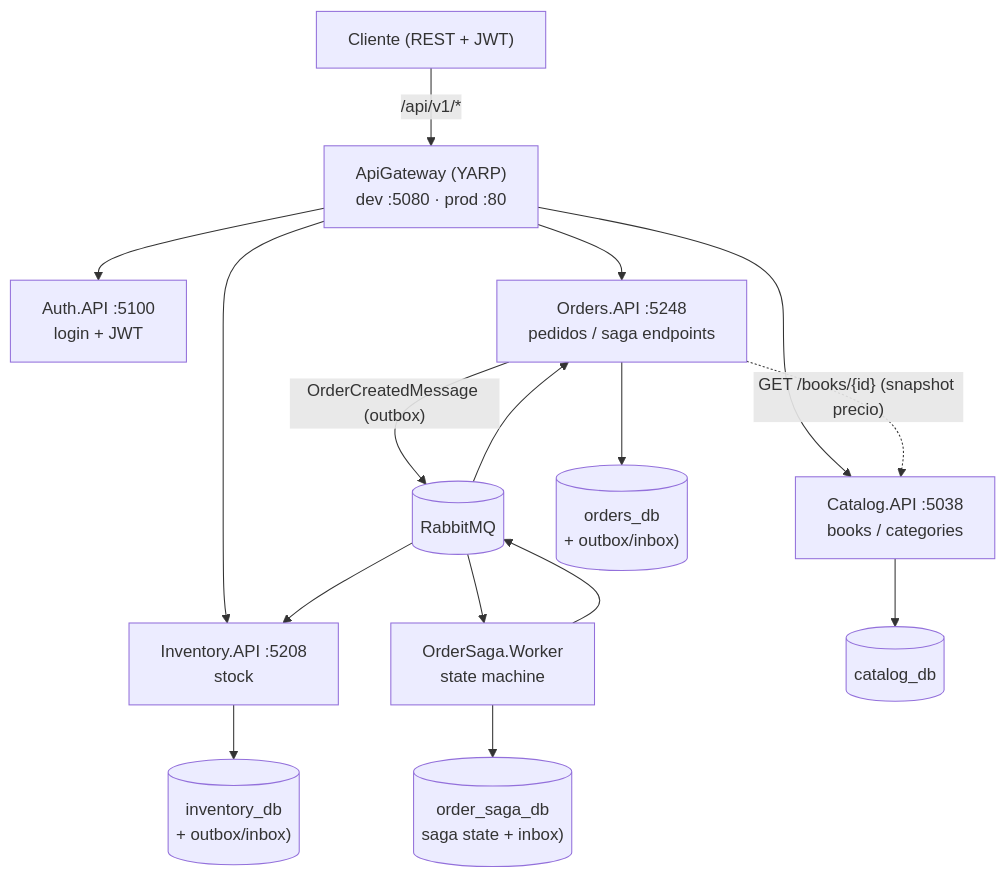
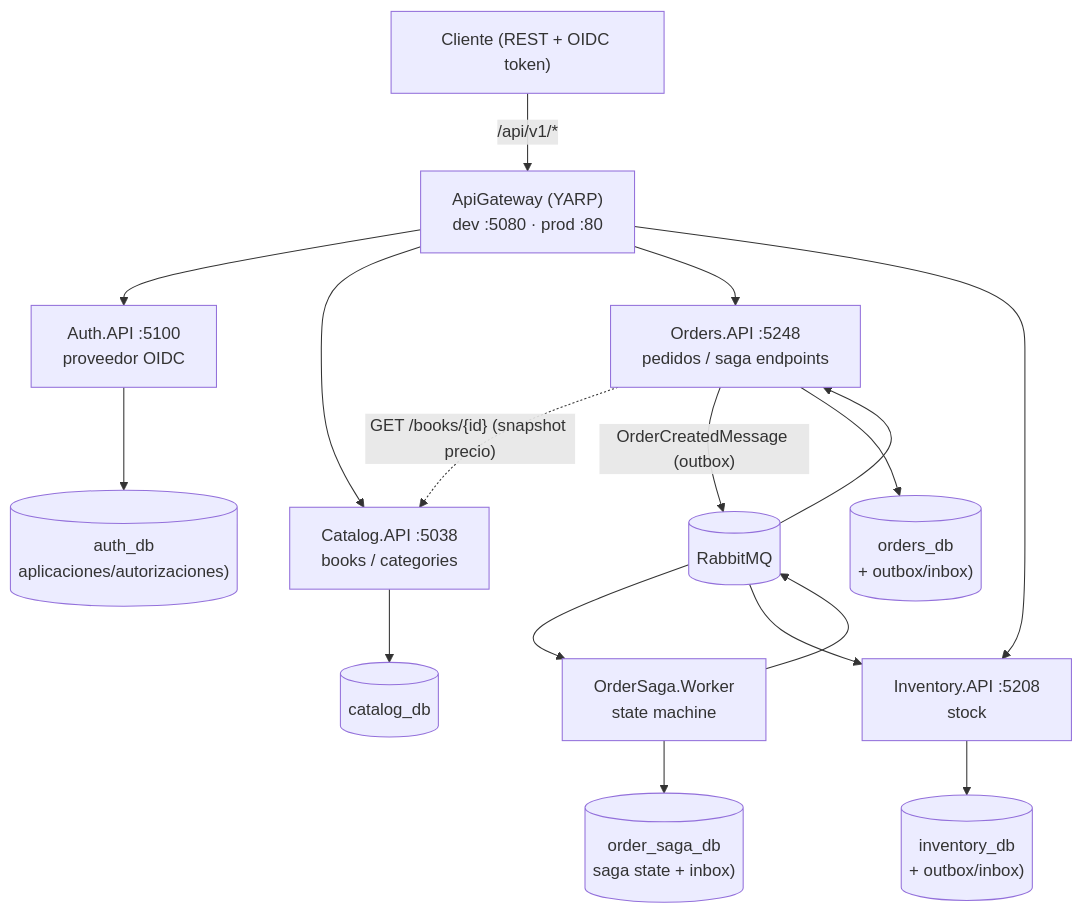
One commit to richcrd/bookstore-microservices changed the first of 3 diagrams in docs/architecture.md. Above: the diagram before and after it, drawn with Mermaid. The commit also changed other lines of this file and 6 other files, not shown here.

Commit message:
feat(auth): Change api gateway routes

````diff
--- a/docs/architecture.md
+++ b/docs/architecture.md
@@ -28,21 +28,22 @@
 ```mermaid
 flowchart TB
-    C["Cliente (REST + JWT)"] -->|"/api/v1/*"| GW["ApiGateway (YARP)<br/>dev :5080 · prod :80"]
-    GW --> AUTH["Auth.API :5100<br/>login + JWT"]
+    C["Cliente (REST + OIDC token)"] -->|"/api/v1/*"| GW["ApiGateway (YARP)<br/>dev :5080 · prod :80"]
+    GW --> AUTH["Auth.API :5100<br/>proveedor OIDC"]
     GW --> CAT["Catalog.API :5038<br/>books / categories"]
     GW --> ORD["Orders.API :5248<br/>pedidos / saga endpoints"]
     GW --> INV["Inventory.API :5208<br/>stock"]
 
     ORD -. "GET /books/{id} (snapshot precio)" .-> CAT
 
     ORD -->|"OrderCreatedMessage (outbox)"| RQ[(RabbitMQ)]
     RQ --> SAGA["OrderSaga.Worker<br/>state machine"]
     RQ --> ORD
     RQ --> INV
     SAGA --> RQ
 
     CAT --> PGC[("catalog_db")]
     ORD --> PGO[("orders_db<br/>+ outbox/inbox)")]
     INV --> PGI[("inventory_db<br/>+ outbox/inbox)")]
     SAGA --> PGS[("order_saga_db<br/>saga state + inbox)")]
+    AUTH --> PGA[("auth_db<br/>aplicaciones/autorizaciones)")]
 ```
````
